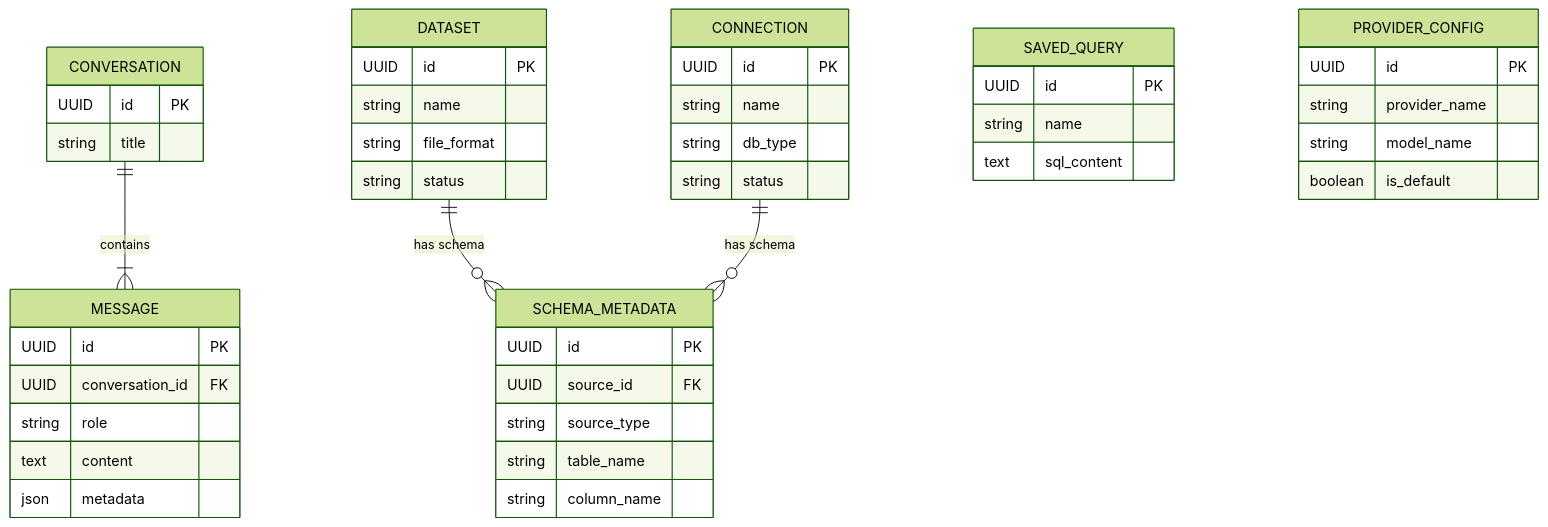
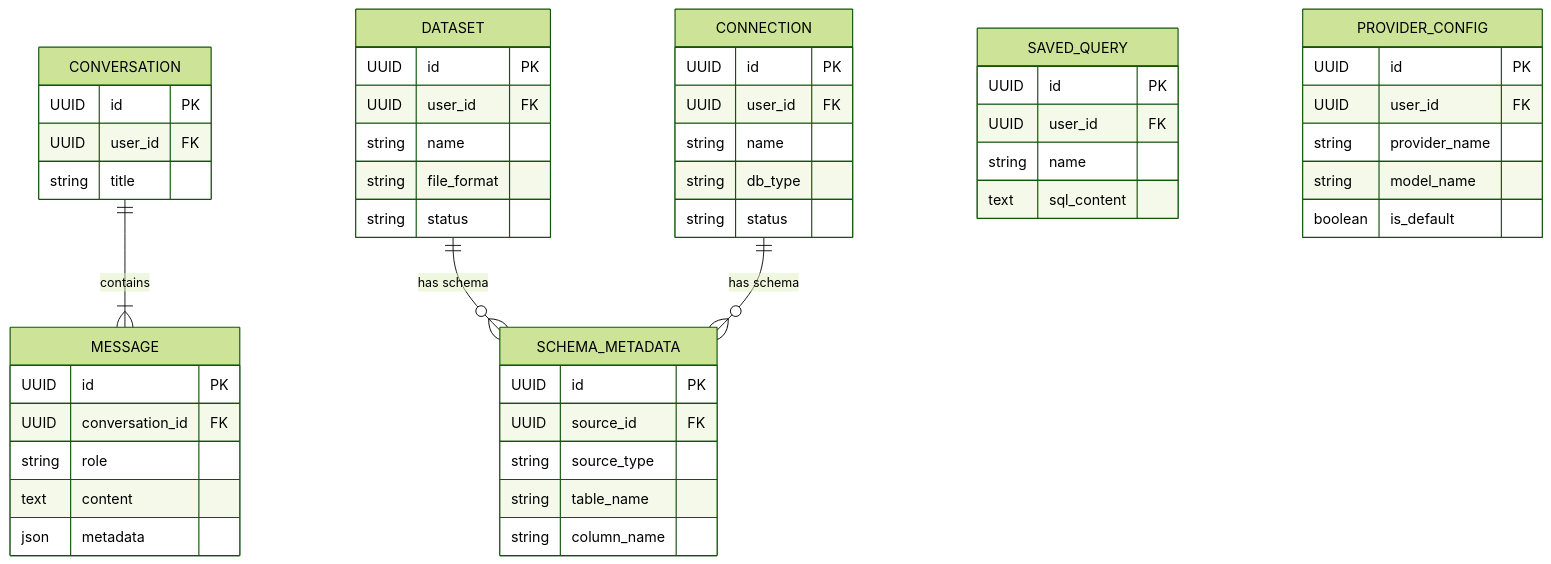
Diagram 13 of 14 in internal/specs/datax-SPEC.md (sequenzia/datax), drawn with Mermaid (forest theme) before and after one commit. The commit also changed other lines of this file and 2 other files, not shown here.

````diff
--- a/internal/specs/datax-SPEC.md
+++ b/internal/specs/datax-SPEC.md
@@ -777,48 +888,53 @@
 ```mermaid
 erDiagram
     CONVERSATION ||--|{ MESSAGE : "contains"
     DATASET ||--o{ SCHEMA_METADATA : "has schema"
     CONNECTION ||--o{ SCHEMA_METADATA : "has schema"
 
     CONVERSATION {
         UUID id PK
+        UUID user_id FK
         string title
     }
     MESSAGE {
         UUID id PK
         UUID conversation_id FK
         string role
         text content
         json metadata
     }
     DATASET {
         UUID id PK
+        UUID user_id FK
         string name
         string file_format
         string status
     }
     CONNECTION {
         UUID id PK
+        UUID user_id FK
         string name
         string db_type
         string status
     }
     SCHEMA_METADATA {
         UUID id PK
         UUID source_id FK
         string source_type
         string table_name
         string column_name
     }
     SAVED_QUERY {
         UUID id PK
+        UUID user_id FK
         string name
         text sql_content
     }
     PROVIDER_CONFIG {
         UUID id PK
+        UUID user_id FK
         string provider_name
         string model_name
         boolean is_default
     }
 ```
````
